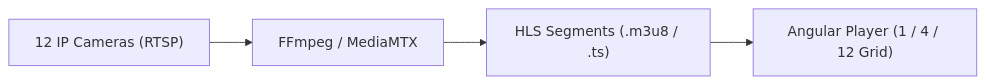
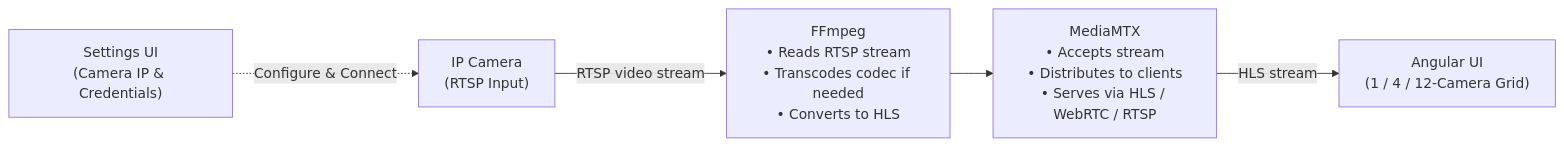
Before and after one commit to mehmetc44/plaka-goz: the diagram in docs/video-pipeline.md, drawn with Mermaid. The commit also changed other lines of this file and 8 other files, not shown here.

````diff
--- a/docs/video-pipeline.md
+++ b/docs/video-pipeline.md
@@ -5,6 +5,7 @@
 ```mermaid
 flowchart LR
-    A["12 IP Cameras (RTSP)"] --> B["FFmpeg / MediaMTX"]
-    B --> C["HLS Segments (.m3u8 / .ts)"]
-    C --> D["Angular Player (1 / 4 / 12 Grid)"]
+    S["Settings UI\n(Camera IP & Credentials)"] -. "Configure & Connect" .-> A["IP Camera\n(RTSP Input)"]
+    A -- "RTSP video stream" --> B["FFmpeg\n• Reads RTSP stream\n• Transcodes codec if needed\n• Converts to HLS"]
+    B --> C["MediaMTX\n• Accepts stream\n• Distributes to clients\n• Serves via HLS / WebRTC / RTSP"]
+    C -- "HLS stream" --> D["Angular UI\n(1 / 4 / 12-Camera Grid)"]
 ```
````
